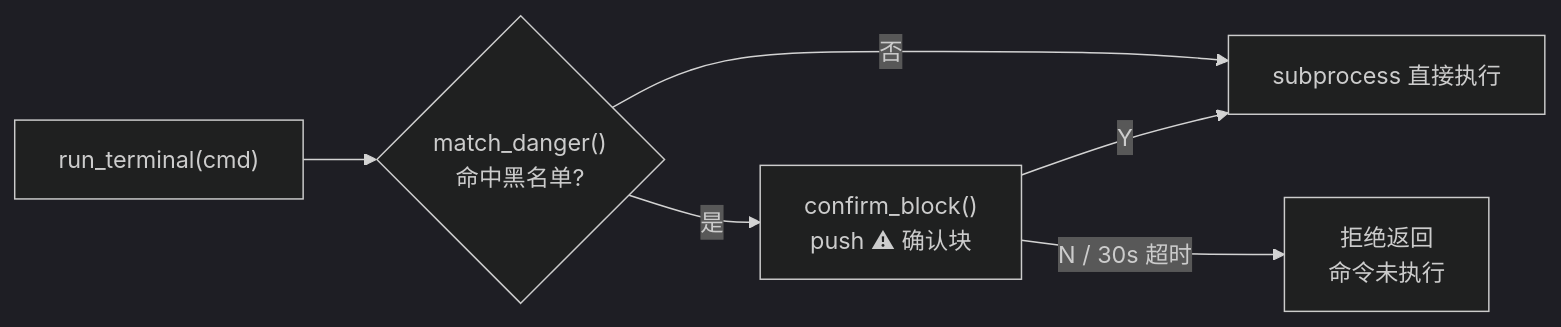
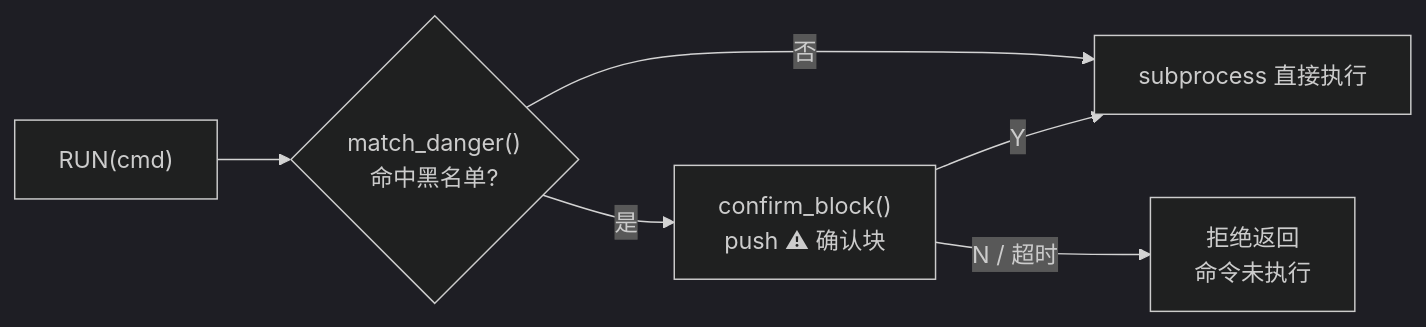
The second of 2 diagrams in README.md (Xiyinnnnnn/Agent-in-Terminal), drawn with Mermaid (dark theme) before and after one commit. The commit also changed other lines of this file and 1 other file, not shown here.

````diff
--- a/README.md
+++ b/README.md
@@ -71,8 +80,8 @@
 ```mermaid
 flowchart LR
-    A["run_terminal(cmd)"] --> B{"match_danger()<br/>命中黑名单?"}
+    A["RUN(cmd)"] --> B{"match_danger()<br/>命中黑名单?"}
     B -->|否| C["subprocess 直接执行"]
     B -->|是| D["confirm_block()<br/>push ⚠ 确认块"]
     D -->|"Y"| C
-    D -->|"N / 30s 超时"| E["拒绝返回<br/>命令未执行"]
+    D -->|"N / 超时"| E["拒绝返回<br/>命令未执行"]
 ```
````
